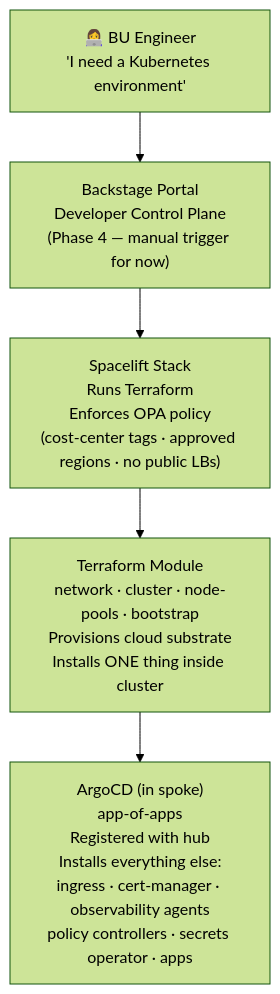
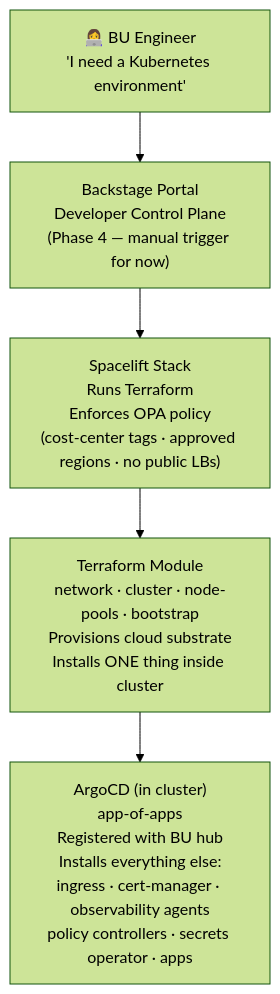
One commit to urukube/.github changed the third of 5 diagrams in .github/README.md. Above: the diagram before and after it, drawn with Mermaid (forest theme). The commit also changed other lines of this file, not shown here.

First line of the commit message:
docs(readme): remove remaining shared-hub references

````diff
--- a/.github/README.md
+++ b/.github/README.md
@@ -150,14 +150,14 @@
 ```mermaid
 flowchart TD
     DEV["👩‍💻 BU Engineer\n'I need a Kubernetes environment'"]
 
     PORTAL["Backstage Portal\nDeveloper Control Plane\n(Phase 4 — manual trigger for now)"]
 
     SPACELIFT["Spacelift Stack\nRuns Terraform\nEnforces OPA policy\n(cost-center tags · approved regions · no public LBs)"]
 
     TF["Terraform Module\nnetwork · cluster · node-pools · bootstrap\nProvisions cloud substrate\nInstalls ONE thing inside cluster"]
 
-    ARGOCD["ArgoCD (in spoke)\napp-of-apps\nRegistered with hub\nInstalls everything else:\ningress · cert-manager · observability agents\npolicy controllers · secrets operator · apps"]
+    ARGOCD["ArgoCD (in cluster)\napp-of-apps\nRegistered with BU hub\nInstalls everything else:\ningress · cert-manager · observability agents\npolicy controllers · secrets operator · apps"]
 
     DEV --> PORTAL --> SPACELIFT --> TF --> ARGOCD
 ```
````
